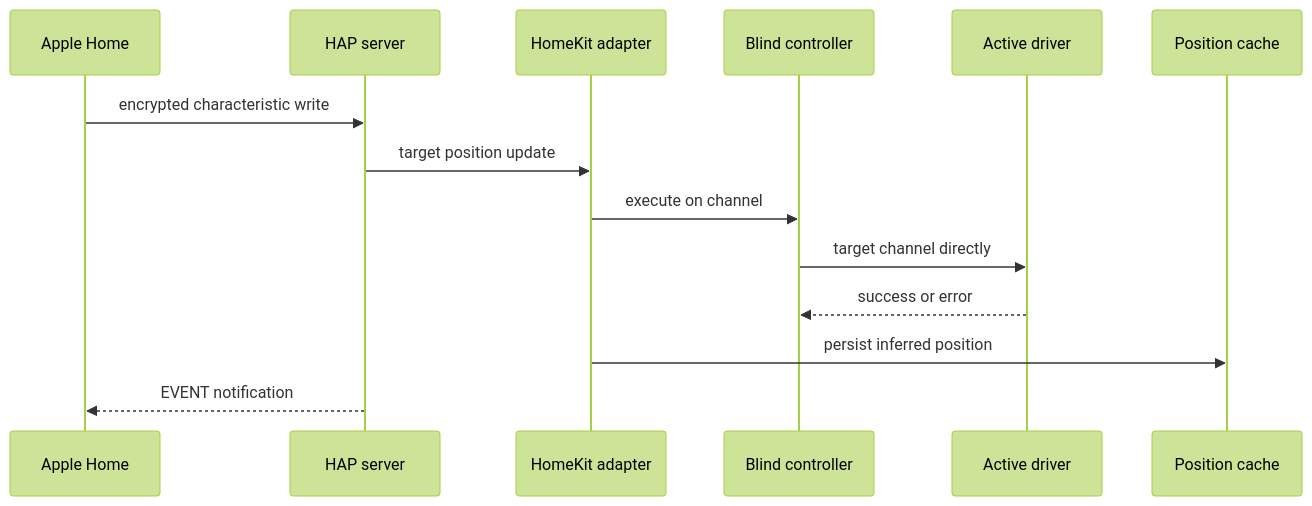
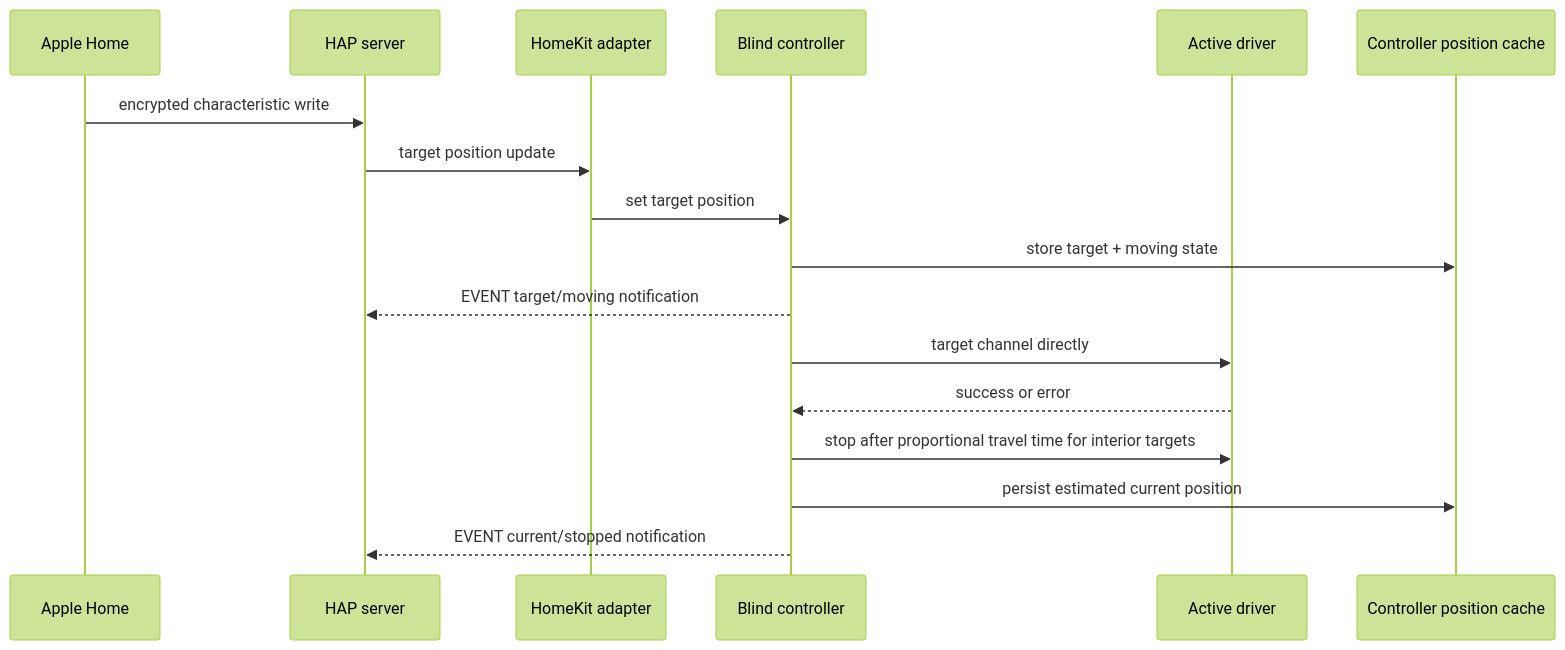
Before and after one commit to melkir/remote-gpio: the fourth of 4 diagrams in docs/ARCHITECTURE.md, drawn with Mermaid (forest theme). The commit also changed other lines of this file and 15 other files, not shown here.

````diff
--- a/docs/ARCHITECTURE.md
+++ b/docs/ARCHITECTURE.md
@@ -148,17 +148,20 @@
 ```mermaid
 sequenceDiagram
   participant Home as Apple Home
   participant HAP as HAP server
   participant HK as HomeKit adapter
   participant Controller as Blind controller
   participant Driver as Active driver
-  participant Cache as Position cache
+  participant Cache as Controller position cache
 
   Home->>HAP: encrypted characteristic write
   HAP->>HK: target position update
-  HK->>Controller: execute on channel
+  HK->>Controller: set target position
+  Controller->>Cache: store target + moving state
+  Controller-->>HAP: EVENT target/moving notification
   Controller->>Driver: target channel directly
   Driver-->>Controller: success or error
-  HK->>Cache: persist inferred position
-  HAP-->>Home: EVENT notification
+  Controller->>Driver: stop after proportional travel time for interior targets
+  Controller->>Cache: persist estimated current position
+  Controller-->>HAP: EVENT current/stopped notification
 ```
````
